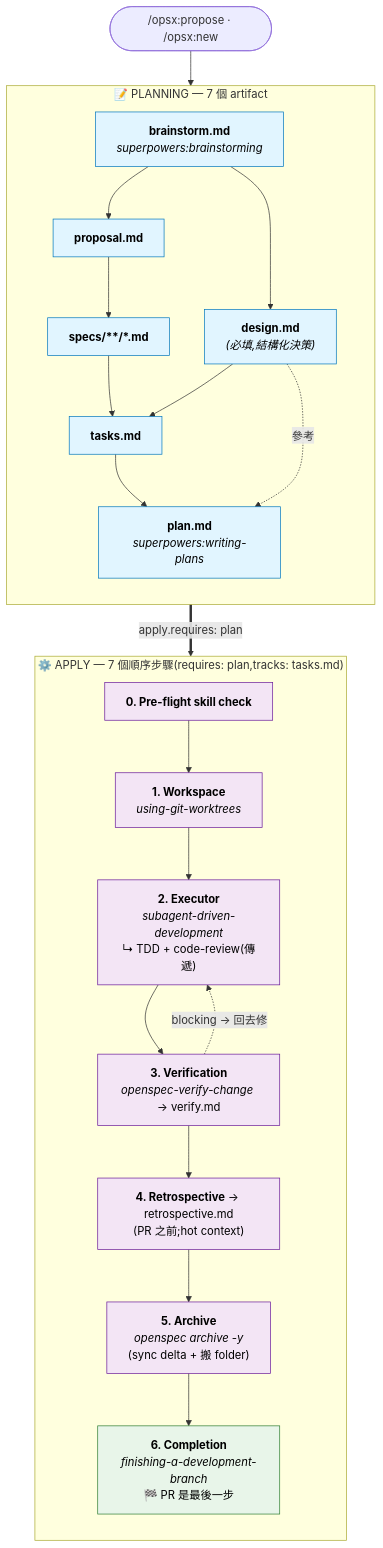
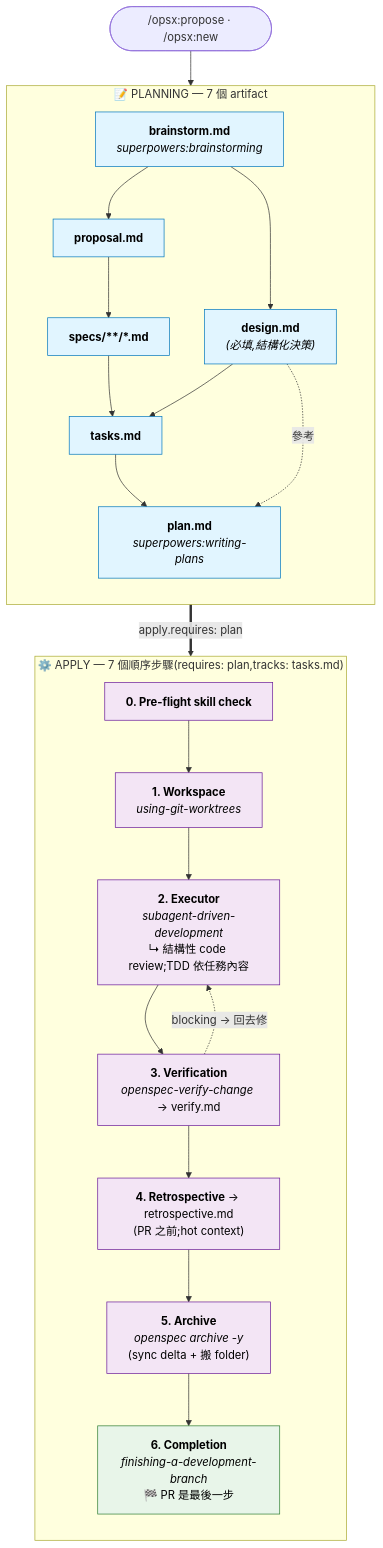
Before and after one commit to azuma520/openspec-schemas: the diagram in superpowers-bridge/README.zh-TW.md, drawn with Mermaid. The commit also changed other lines of this file and 1 other file, not shown here.

First line of the commit message:
docs(bridge): correct TDD claims and executing-plans rationale in both READMEs

````diff
--- a/superpowers-bridge/README.zh-TW.md
+++ b/superpowers-bridge/README.zh-TW.md
@@ -221,48 +221,48 @@
 ```mermaid
 flowchart TD
     Start([/opsx:propose · /opsx:new])
 
     subgraph Plan ["📝 PLANNING — 7 個 artifact"]
         direction TB
         BS["<b>brainstorm.md</b><br/><i>superpowers:brainstorming</i>"]
         PROP["<b>proposal.md</b>"]
         DES["<b>design.md</b><br/><i>(必填,結構化決策)</i>"]
         SP["<b>specs/**/*.md</b>"]
         TK["<b>tasks.md</b>"]
         PL["<b>plan.md</b><br/><i>superpowers:writing-plans</i>"]
 
         BS --> PROP
         BS --> DES
         PROP --> SP
         SP --> TK
         DES --> TK
         TK --> PL
         DES -. 參考 .-> PL
     end
 
     subgraph Apply ["⚙️ APPLY — 7 個順序步驟(requires: plan,tracks: tasks.md)"]
         direction TB
         A0["<b>0. Pre-flight skill check</b>"]
         A1["<b>1. Workspace</b><br/><i>using-git-worktrees</i>"]
-        A2["<b>2. Executor</b><br/><i>subagent-driven-development</i><br/>↳ TDD + code-review(傳遞)"]
+        A2["<b>2. Executor</b><br/><i>subagent-driven-development</i><br/>↳ 結構性 code review;TDD 依任務內容"]
         A3["<b>3. Verification</b><br/><i>openspec-verify-change</i> → verify.md"]
         A4["<b>4. Retrospective</b> → retrospective.md<br/>(PR 之前;hot context)"]
         A5["<b>5. Archive</b><br/><i>openspec archive -y</i><br/>(sync delta + 搬 folder)"]
         A6["<b>6. Completion</b><br/><i>finishing-a-development-branch</i><br/>🏁 PR 是最後一步"]
 
         A0 --> A1 --> A2 --> A3
         A3 -. blocking → 回去修 .-> A2
         A3 --> A4 --> A5 --> A6
     end
 
     Start --> BS
     PL ==>|apply.requires: plan| A0
 
     classDef artifact fill:#e1f5ff,stroke:#0277bd,color:#000
     classDef step fill:#f3e5f5,stroke:#6a1b9a,color:#000
     classDef capstone fill:#e8f5e9,stroke:#2e7d32,color:#000
 
     class BS,PROP,DES,SP,TK,PL artifact
     class A0,A1,A2,A3,A4,A5 step
     class A6 capstone
 ```
````
